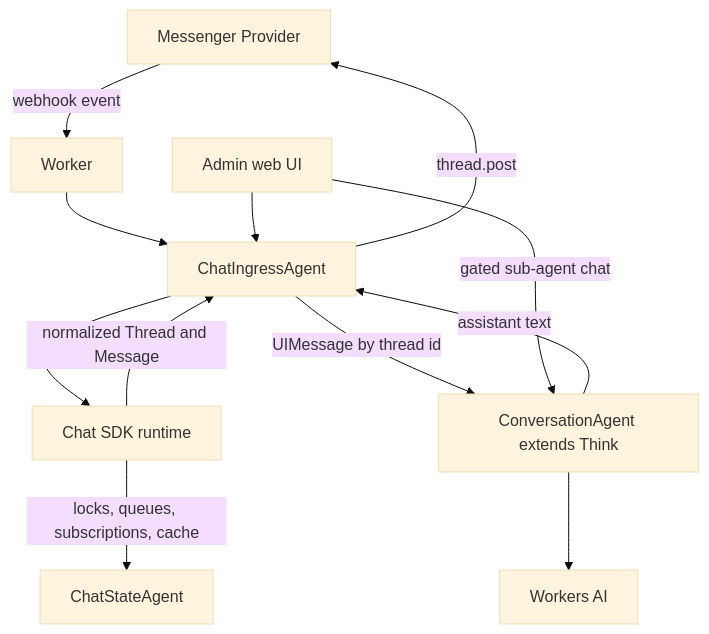
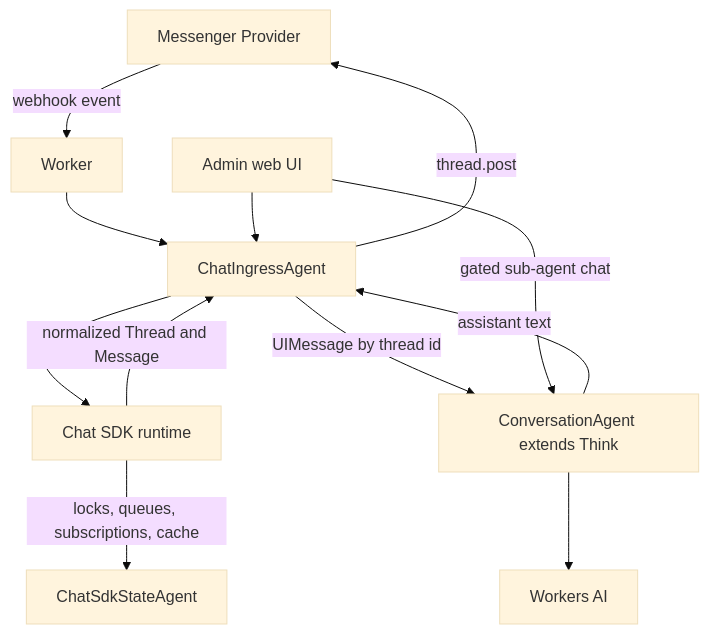
The diagram in examples/chat-sdk-messenger/README.md (cloudflare/agents), drawn with Mermaid (base theme) before and after one commit. The commit also changed other lines of this file and 31 other files, not shown here.

Commit message:
Add Chat SDK state adapter

````diff
--- a/examples/chat-sdk-messenger/README.md
+++ b/examples/chat-sdk-messenger/README.md
@@ -108,14 +108,14 @@
 ```mermaid
 flowchart TB
   Messenger[Messenger Provider] -->|"webhook event"| Worker[Worker]
   Worker --> ChatIngressAgent[ChatIngressAgent]
   ChatIngressAgent --> ChatSdk["Chat SDK runtime"]
-  ChatSdk -->|"locks, queues, subscriptions, cache"| ChatStateAgent[ChatStateAgent]
+  ChatSdk -->|"locks, queues, subscriptions, cache"| ChatSdkStateAgent[ChatSdkStateAgent]
   ChatSdk -->|"normalized Thread and Message"| ChatIngressAgent
   ChatIngressAgent -->|"UIMessage by thread id"| ConversationAgent[ConversationAgent extends Think]
   ConversationAgent --> WorkersAI[Workers AI]
   ConversationAgent -->|"assistant text"| ChatIngressAgent
   ChatIngressAgent -->|"thread.post"| Messenger
   AdminUI["Admin web UI"] --> ChatIngressAgent
   AdminUI -->|"gated sub-agent chat"| ConversationAgent
 ```
````
